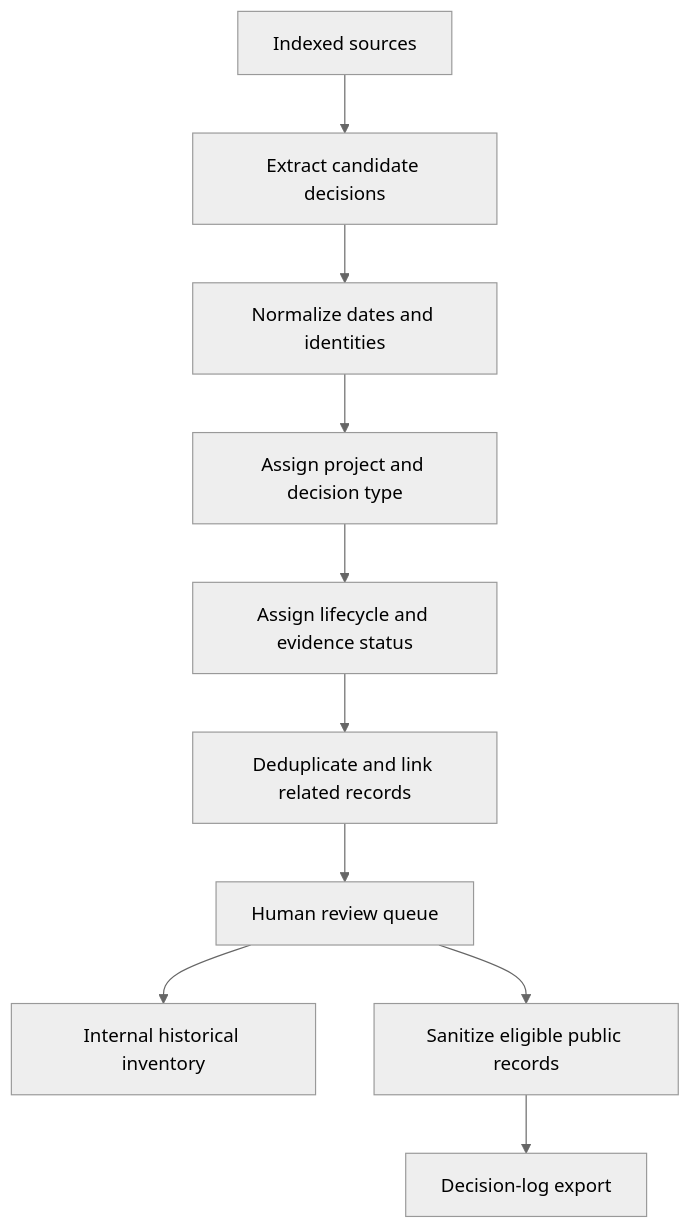
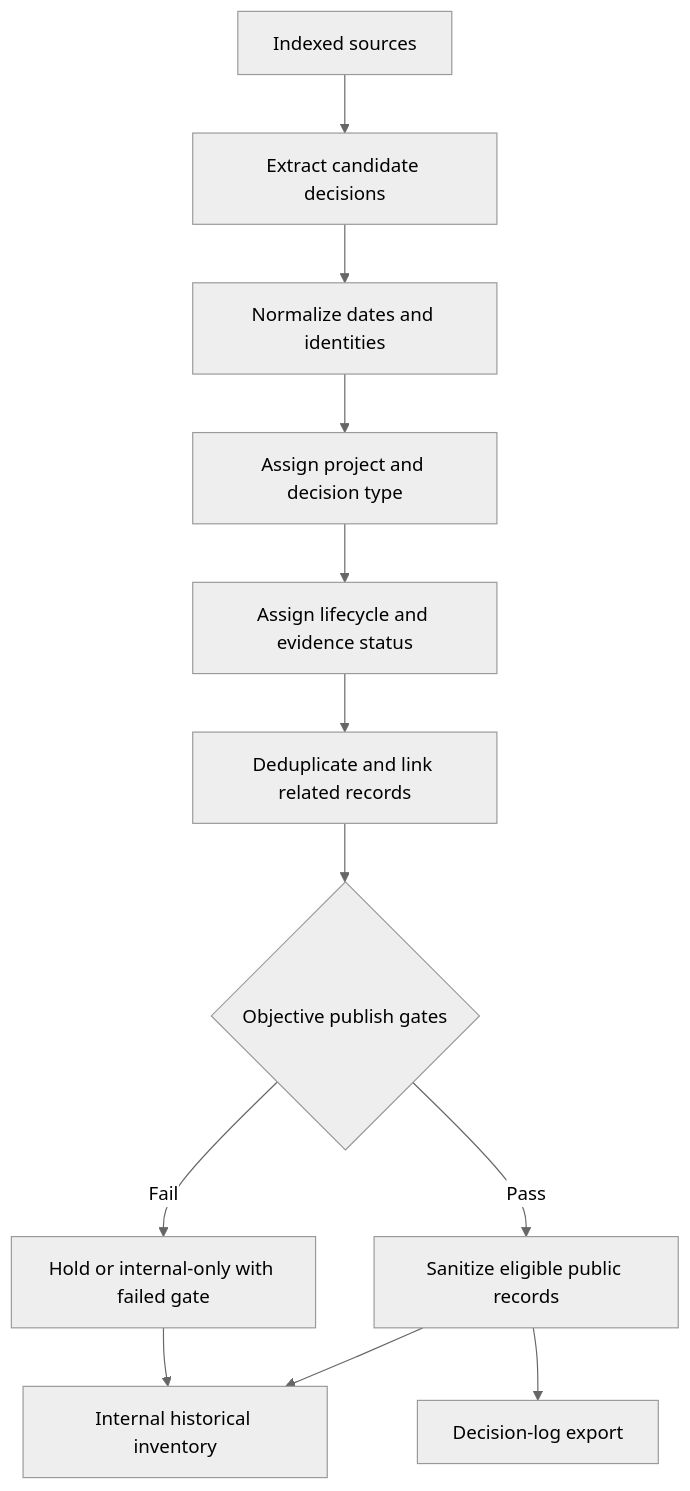
One commit to marcus-uden-dev/ai-native-proof-of-work changed the diagram in docs/plans/2026-08-24-003-feat-historical-decision-and-harness-backfill-plan.md. Above: the diagram before and after it, drawn with Mermaid (neutral theme). The commit also changed other lines of this file and 2 other files, not shown here.

Commit message:
docs: align historical backfill gates

````diff
--- a/docs/plans/2026-08-24-003-feat-historical-decision-and-harness-backfill-plan.md
+++ b/docs/plans/2026-08-24-003-feat-historical-decision-and-harness-backfill-plan.md
@@ -155,12 +156,14 @@
 ```mermaid
 flowchart TD
     A[Indexed sources] --> B[Extract candidate decisions]
     B --> C[Normalize dates and identities]
     C --> D[Assign project and decision type]
     D --> E[Assign lifecycle and evidence status]
     E --> F[Deduplicate and link related records]
-    F --> G[Human review queue]
-    G --> H[Internal historical inventory]
-    G --> I[Sanitize eligible public records]
-    I --> J[Decision-log export]
+    F --> G{Objective publish gates}
+    G -->|Pass| H[Sanitize eligible public records]
+    G -->|Fail| I[Hold or internal-only with failed gate]
+    H --> J[Internal historical inventory]
+    I --> J
+    H --> K[Decision-log export]
 ```
````
